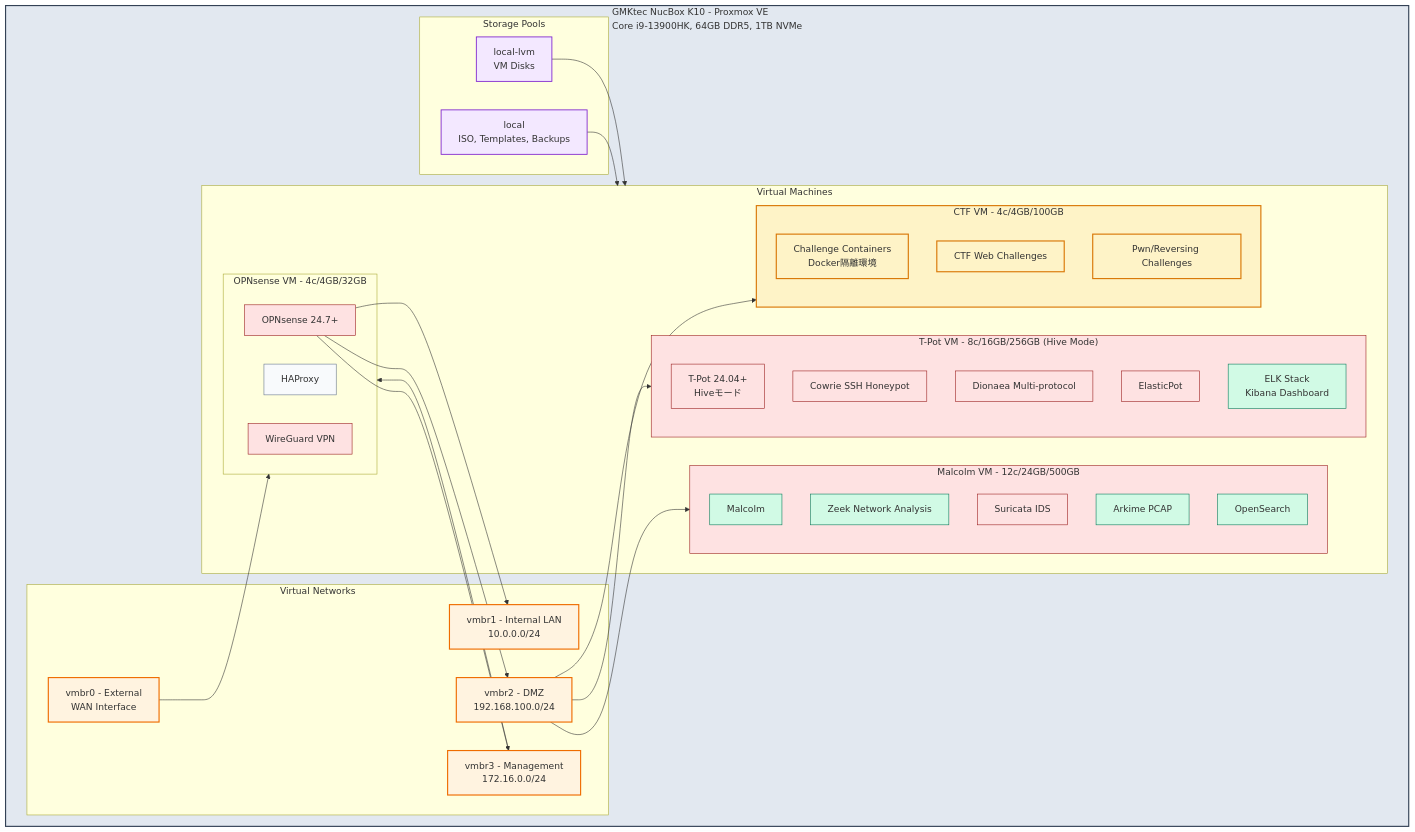
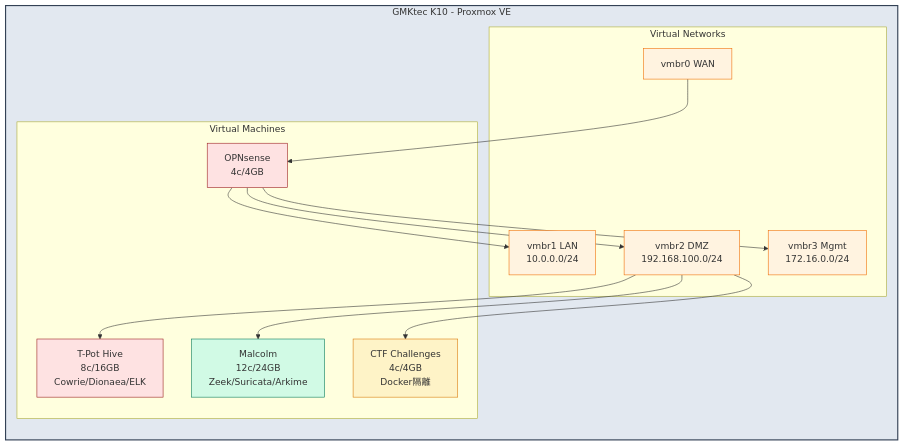
Before and after one commit to yamisskey-dev/yamisskey-host: the second of 7 diagrams in README.md, drawn with Mermaid. The commit also changed other lines of this file, not shown here.

First line of the commit message:
Simplify Mermaid diagrams while preserving essential information

````diff
--- a/README.md
+++ b/README.md
@@ -155,80 +60,32 @@
 ```mermaid
 graph TB
-    %% Style definitions
-    classDef homeServer fill:#e2e8f0,stroke:#334155,stroke-width:2px
-    classDef service fill:#f8fafc,stroke:#64748b,stroke-width:1px
-    classDef monitoring fill:#d1fae5,stroke:#047857,stroke-width:1px
-    classDef security fill:#fee2e2,stroke:#991b1b,stroke-width:1px
-    classDef storage fill:#f3e8ff,stroke:#7e22ce,stroke-width:1.5px
-    classDef network fill:#fff3e0,stroke:#ef6c00,stroke-width:2px
-    classDef ctf fill:#fef3c7,stroke:#d97706,stroke-width:2px
-    
-    %% Proxmox Host
-    subgraph proxmox["GMKtec NucBox K10 - Proxmox VE<br/>Core i9-13900HK, 64GB DDR5, 1TB NVMe"]
-       %% Storage Configuration
-       subgraph storage["Storage Pools"]
-           local["local<br/>ISO, Templates, Backups"]:::storage
-           local_lvm["local-lvm<br/>VM Disks"]:::storage
-       end
-       
-       %% Network Bridges
-       subgraph networks["Virtual Networks"]
-           vmbr0["vmbr0 - External<br/>WAN Interface"]:::network
-           vmbr1["vmbr1 - Internal LAN<br/>10.0.0.0/24"]:::network
-           vmbr2["vmbr2 - DMZ<br/>192.168.100.0/24"]:::network
-           vmbr3["vmbr3 - Management<br/>172.16.0.0/24"]:::network
-       end
-       
-       %% Virtual Machines
-       subgraph vms["Virtual Machines"]
-           subgraph opnsense_vm["OPNsense VM - 4c/4GB/32GB"]
-               opnsense["OPNsense 24.7+"]:::security
-               haproxy["HAProxy"]:::service
-               wireguard["WireGuard VPN"]:::security
-           end
+    classDef host fill:#e2e8f0,stroke:#334155,stroke-width:2px
+    classDef net fill:#fff3e0,stroke:#ef6c00
+    classDef sec fill:#fee2e2,stroke:#991b1b
+    classDef mon fill:#d1fae5,stroke:#047857
+    classDef ctf fill:#fef3c7,stroke:#d97706
 
-           subgraph tpot_vm["T-Pot VM - 8c/16GB/256GB (Hive Mode)"]
-               tpot["T-Pot 24.04+<br/>Hiveモード"]:::security
-               cowrie["Cowrie SSH Honeypot"]:::security
-               dionaea["Dionaea Multi-protocol"]:::security
-               elasticpot["ElasticPot"]:::security
-               tpot_elk["ELK Stack<br/>Kibana Dashboard"]:::monitoring
-           end
+    subgraph proxmox[GMKtec K10 - Proxmox VE]
+        direction TB
 
-           subgraph malcolm_vm["Malcolm VM - 12c/24GB/500GB"]
-               malcolm["Malcolm"]:::monitoring
-               zeek["Zeek Network Analysis"]:::monitoring
-               suricata_malcolm["Suricata IDS"]:::security
-               arkime["Arkime PCAP"]:::monitoring
-               opensearch["OpenSearch"]:::monitoring
-           end
+        subgraph networks[Virtual Networks]
+            vmbr0[vmbr0 WAN]:::net
+            vmbr1[vmbr1 LAN<br/>10.0.0.0/24]:::net
+            vmbr2[vmbr2 DMZ<br/>192.168.100.0/24]:::net
+            vmbr3[vmbr3 Mgmt<br/>172.16.0.0/24]:::net
+        end
 
-           subgraph ctf_vm["CTF VM - 4c/4GB/100GB"]
-               challenge_containers["Challenge Containers<br/>Docker隔離環境"]:::ctf
-               ctf_web["CTF Web Challenges"]:::ctf
-               ctf_pwn["Pwn/Reversing Challenges"]:::ctf
-           end
-       end
+        subgraph vms[Virtual Machines]
+            opnsense[OPNsense<br/>4c/4GB]:::sec
+            tpot[T-Pot Hive<br/>8c/16GB<br/>Cowrie/Dionaea/ELK]:::sec
+            malcolm[Malcolm<br/>12c/24GB<br/>Zeek/Suricata/Arkime]:::mon
+            ctf_vm[CTF Challenges<br/>4c/4GB<br/>Docker隔離]:::ctf
+        end
     end
-    
-    %% Network connections
-    vmbr0 --> opnsense_vm
-    vmbr2 --> tpot_vm
-    vmbr2 --> malcolm_vm
-    vmbr2 --> ctf_vm
-    vmbr3 --> opnsense_vm
 
-    %% Internal VM connections
-    opnsense --> vmbr1
-    opnsense --> vmbr2
-    opnsense --> vmbr3
-    
-    %% Storage connections
-    local --> vms
-    local_lvm --> vms
-    
-    %% Apply styles
-    class proxmox homeServer
-    class pfsense_vm,tpot_vm,malcolm_vm security
-    class ctf_vm ctf
+    vmbr0 --> opnsense
+    opnsense --> vmbr1 & vmbr2 & vmbr3
+    vmbr2 --> tpot & malcolm & ctf_vm
+
+    class proxmox host
 ```
````
